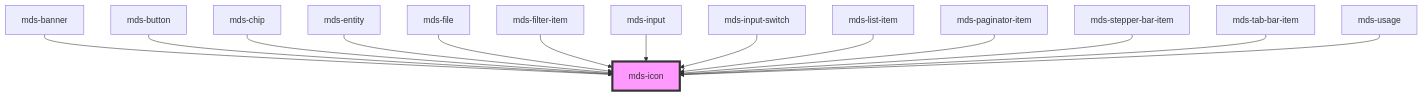
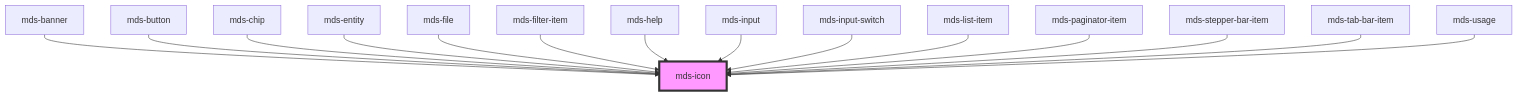
The diagram in projects/stencil/src/components/mds-icon/readme.md (magma-design-system/magma), drawn with Mermaid before and after one commit. The commit also changed other lines of this file, not shown here.

````diff
--- a/projects/stencil/src/components/mds-icon/readme.md
+++ b/projects/stencil/src/components/mds-icon/readme.md
@@ -113,17 +114,18 @@
 ```mermaid
 graph TD;
   mds-banner --> mds-icon
   mds-button --> mds-icon
   mds-chip --> mds-icon
   mds-entity --> mds-icon
   mds-file --> mds-icon
   mds-filter-item --> mds-icon
+  mds-help --> mds-icon
   mds-input --> mds-icon
   mds-input-switch --> mds-icon
   mds-list-item --> mds-icon
   mds-paginator-item --> mds-icon
   mds-stepper-bar-item --> mds-icon
   mds-tab-bar-item --> mds-icon
   mds-usage --> mds-icon
   style mds-icon fill:#f9f,stroke:#333,stroke-width:4px
 ```
````
